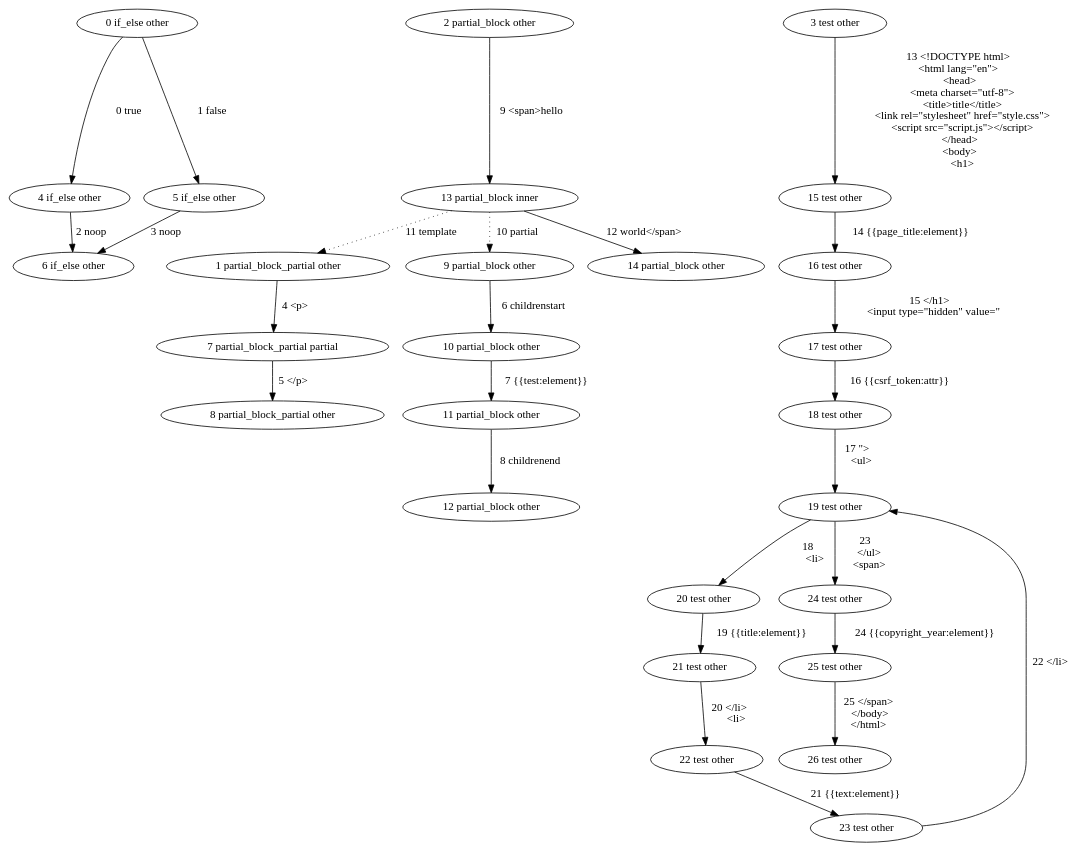
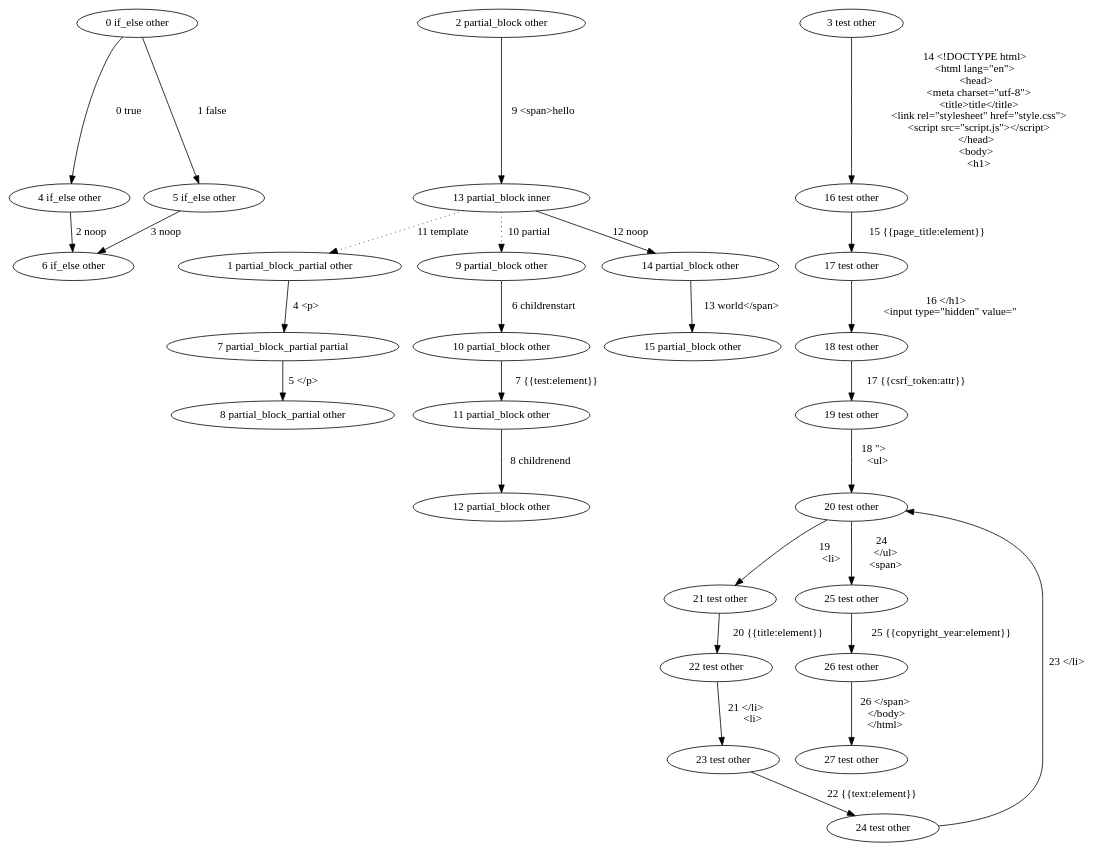
One commit to mohe2015/zero-cost-templating changed the diagram in zero-cost-templating/if_else,partial_block_partial,partial_block,test.dot. Above: the diagram before and after it, drawn with Graphviz. The commit also changed 6 other files, not shown here.

```diff
--- a/zero-cost-templating/if_else,partial_block_partial,partial_block,test.dot
+++ b/zero-cost-templating/if_else,partial_block_partial,partial_block,test.dot
@@ -1,74 +1,76 @@
 digraph {
     0 [ label = "0 if_else other"]
     1 [ label = "1 partial_block_partial other"]
     2 [ label = "2 partial_block other"]
     3 [ label = "3 test other"]
     4 [ label = "4 if_else other"]
     5 [ label = "5 if_else other"]
     6 [ label = "6 if_else other"]
     7 [ label = "7 partial_block_partial partial"]
     8 [ label = "8 partial_block_partial other"]
     9 [ label = "9 partial_block other"]
     10 [ label = "10 partial_block other"]
     11 [ label = "11 partial_block other"]
     12 [ label = "12 partial_block other"]
     13 [ label = "13 partial_block inner"]
     14 [ label = "14 partial_block other"]
-    15 [ label = "15 test other"]
+    15 [ label = "15 partial_block other"]
     16 [ label = "16 test other"]
     17 [ label = "17 test other"]
     18 [ label = "18 test other"]
     19 [ label = "19 test other"]
     20 [ label = "20 test other"]
     21 [ label = "21 test other"]
     22 [ label = "22 test other"]
     23 [ label = "23 test other"]
     24 [ label = "24 test other"]
     25 [ label = "25 test other"]
     26 [ label = "26 test other"]
+    27 [ label = "27 test other"]
     0 -> 4 [ label = "0 true"]
     0 -> 5 [ label = "1 false"]
     4 -> 6 [ label = "2 noop"]
     5 -> 6 [ label = "3 noop"]
     1 -> 7 [ label = "4 <p>"]
     7 -> 8 [ label = "5 </p>"]
     9 -> 10 [ label = "6 childrenstart"]
     10 -> 11 [ label = "7 {{test:element}}"]
     11 -> 12 [ label = "8 childrenend"]
     2 -> 13 [ label = "9 <span>hello"]
     13 -> 9 [ label = "10 partial" style = dotted]
     13 -> 1 [ label = "11 template" style = dotted]
-    13 -> 14 [ label = "12 world</span>"]
-    3 -> 15 [ label = "13 <!DOCTYPE html>
+    13 -> 14 [ label = "12 noop"]
+    14 -> 15 [ label = "13 world</span>"]
+    3 -> 16 [ label = "14 <!DOCTYPE html>
 <html lang=\"en\">
   <head>
     <meta charset=\"utf-8\">
     <title>title</title>
     <link rel=\"stylesheet\" href=\"style.css\">
     <script src=\"script.js\"></script>
   </head>
   <body>
     <h1>"]
-    15 -> 16 [ label = "14 {{page_title:element}}"]
-    16 -> 17 [ label = "15 </h1>
+    16 -> 17 [ label = "15 {{page_title:element}}"]
+    17 -> 18 [ label = "16 </h1>
     <input type=\"hidden\" value=\""]
-    17 -> 18 [ label = "16 {{csrf_token:attr}}"]
-    18 -> 19 [ label = "17 \">
+    18 -> 19 [ label = "17 {{csrf_token:attr}}"]
+    19 -> 20 [ label = "18 \">
     <ul>
     "]
-    19 -> 20 [ label = "18 
+    20 -> 21 [ label = "19 
       <li>"]
-    20 -> 21 [ label = "19 {{title:element}}"]
-    21 -> 22 [ label = "20 </li>
+    21 -> 22 [ label = "20 {{title:element}}"]
+    22 -> 23 [ label = "21 </li>
       <li>"]
-    22 -> 23 [ label = "21 {{text:element}}"]
-    23 -> 19 [ label = "22 </li>
+    23 -> 24 [ label = "22 {{text:element}}"]
+    24 -> 20 [ label = "23 </li>
     "]
-    19 -> 24 [ label = "23 
+    20 -> 25 [ label = "24 
     </ul>
     <span>"]
-    24 -> 25 [ label = "24 {{copyright_year:element}}"]
-    25 -> 26 [ label = "25 </span>
+    25 -> 26 [ label = "25 {{copyright_year:element}}"]
+    26 -> 27 [ label = "26 </span>
   </body>
 </html>"]
 }
```
